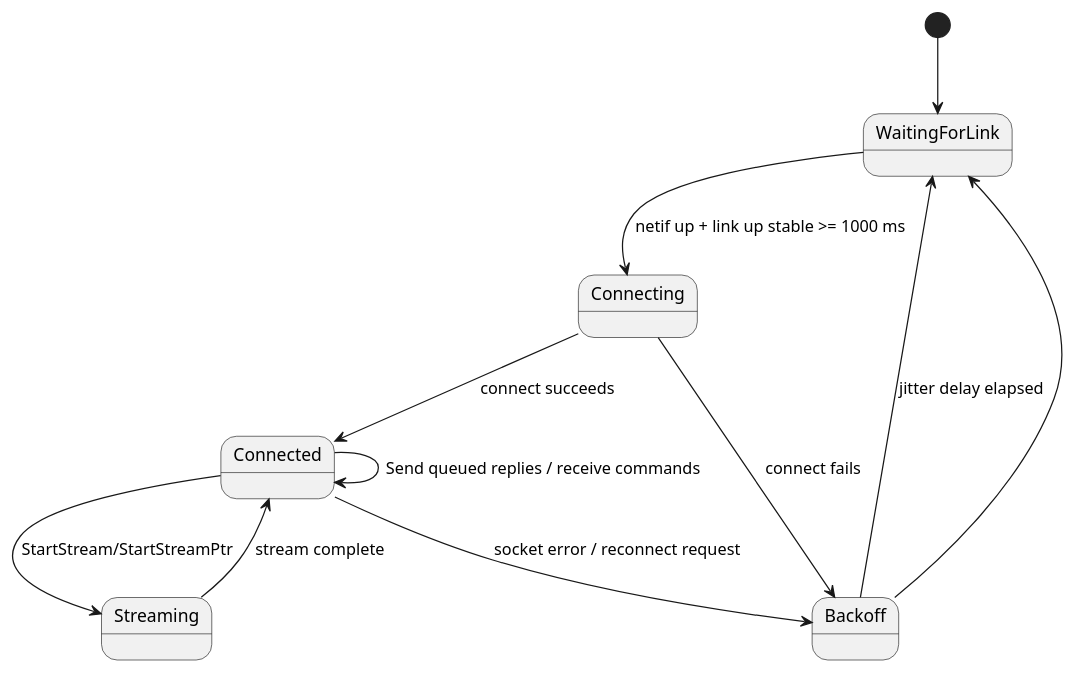
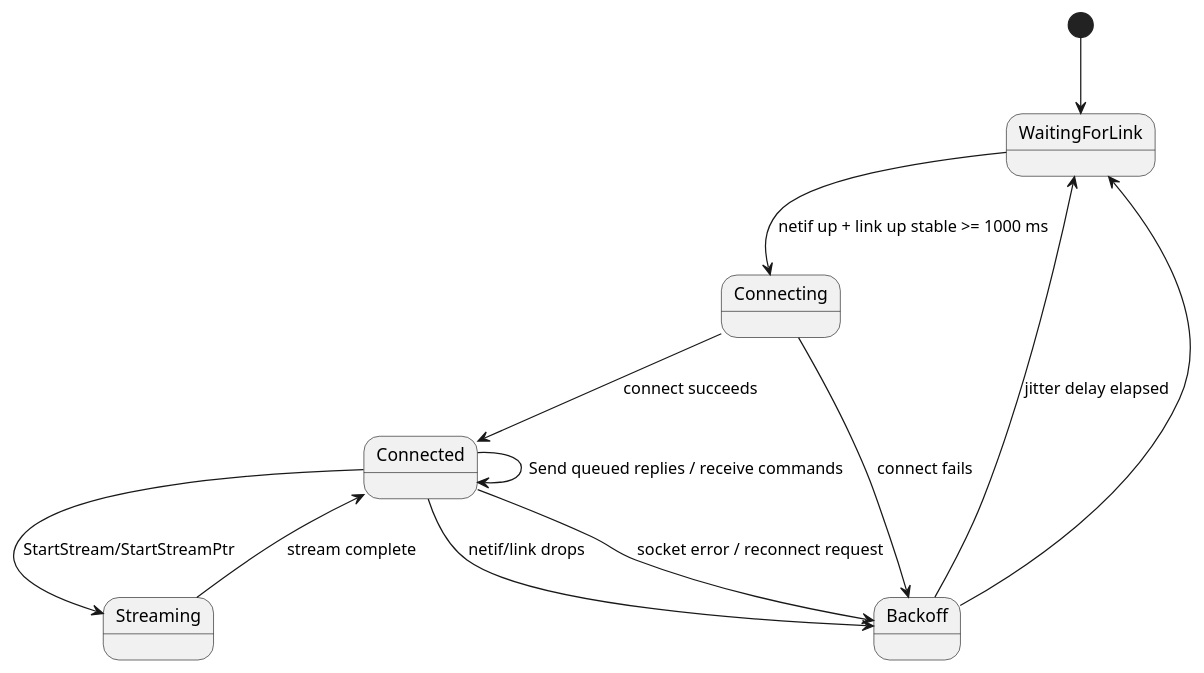
One commit to vigneshuw/aems changed the first of 3 diagrams in docs/Software/CM7/Library/tcpclient.md. Above: the diagram before and after it, drawn with PlantUML. The commit also changed other lines of this file and 18 other files, not shown here.

````diff
--- a/docs/Software/CM7/Library/tcpclient.md
+++ b/docs/Software/CM7/Library/tcpclient.md
@@ -49,17 +55,18 @@
 ```plantuml
 @startuml
 skinparam monochrome true
 skinparam shadowing false
 
 [*] --> WaitingForLink
 WaitingForLink --> Connecting : netif up + link up stable >= 1000 ms
 Connecting --> Connected : connect succeeds
 Connecting --> Backoff : connect fails
 Backoff --> WaitingForLink : jitter delay elapsed
 Connected --> Streaming : StartStream/StartStreamPtr
 Connected --> Connected : Send queued replies / receive commands
+Connected --> Backoff : netif/link drops
 Streaming --> Connected : stream complete
 Connected --> Backoff : socket error / reconnect request
 Backoff --> WaitingForLink
 @enduml
 ```
````
